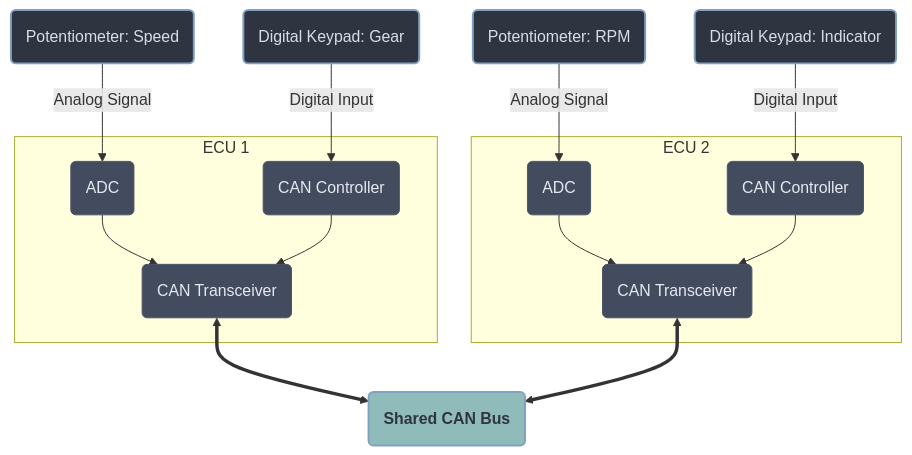
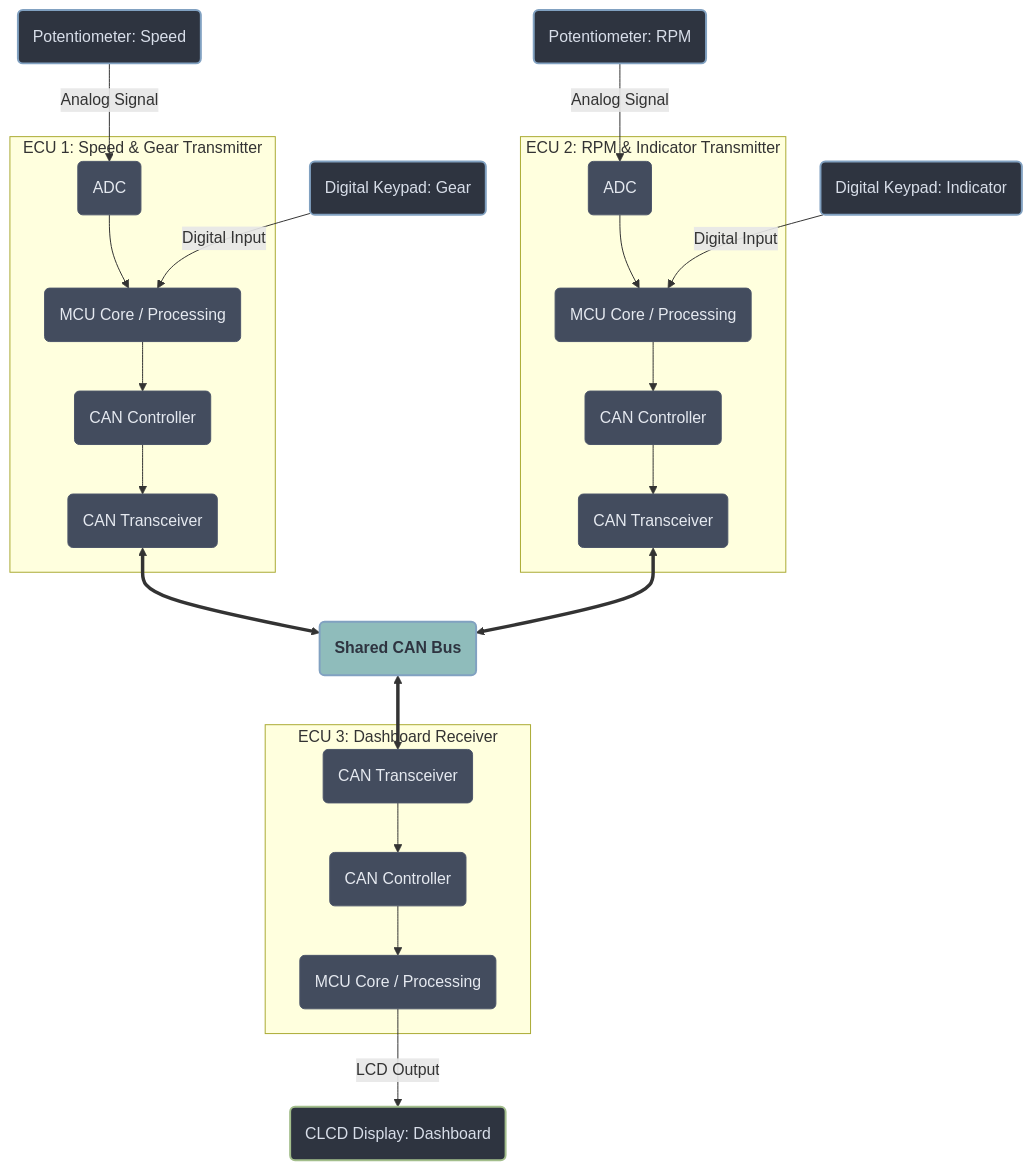
Before and after one commit to k0-R0/Car_Dashboard: the diagram in README.md, drawn with Mermaid. The commit also changed other lines of this file, not shown here.

````diff
--- a/README.md
+++ b/README.md
@@ -20,44 +20,70 @@
 ```mermaid
 flowchart TD
     %% Styling
     classDef input fill:#2e3440,stroke:#81a1c1,stroke-width:2px,color:#d8dee9;
     classDef inner fill:#434c5e,stroke:#4c566a,color:#e5e9f0;
     classDef bus fill:#8fbcbb,stroke:#81a1c1,stroke-width:2px,color:#2e3440,font-weight:bold;
+    classDef output fill:#2e3440,stroke:#a3be8c,stroke-width:2px,color:#d8dee9;
 
     %% External Inputs
     Pot1(Potentiometer: Speed):::input
     Key1(Digital Keypad: Gear):::input
     Pot2(Potentiometer: RPM):::input
     Key2(Digital Keypad: Indicator):::input
 
-    %% Nodes
-    subgraph ECU1 [ECU 1]
+    %% ECU 1 Nodes
+    subgraph ECU1 [ECU 1: Speed & Gear Transmitter]
         ADC1(ADC):::inner
+        CPU1(MCU Core / Processing):::inner
         Ctrl1(CAN Controller):::inner
         Trans1(CAN Transceiver):::inner
         
-        ADC1 --> Trans1
+        ADC1 --> CPU1
+        CPU1 --> Ctrl1
         Ctrl1 --> Trans1
     end
 
-    subgraph ECU2 [ECU 2]
+    %% ECU 2 Nodes
+    subgraph ECU2 [ECU 2: RPM & Indicator Transmitter]
         ADC2(ADC):::inner
+        CPU2(MCU Core / Processing):::inner
         Ctrl2(CAN Controller):::inner
         Trans2(CAN Transceiver):::inner
         
-        ADC2 --> Trans2
+        ADC2 --> CPU2
+        CPU2 --> Ctrl2
         Ctrl2 --> Trans2
     end
-
-    %% Connections
-    Pot1 -- Analog Signal --> ADC1
-    Key1 -- Digital Input --> Ctrl1
-    Pot2 -- Analog Signal --> ADC2
-    Key2 -- Digital Input --> Ctrl2
 
     %% Shared Network
     Bus(Shared CAN Bus):::bus
 
+    %% ECU 3 Nodes
+    subgraph ECU3 [ECU 3: Dashboard Receiver]
+        Trans3(CAN Transceiver):::inner
+        Ctrl3(CAN Controller):::inner
+        CPU3(MCU Core / Processing):::inner
+        
+        Trans3 --> Ctrl3
+        Ctrl3 --> CPU3
+    end
+
+    %% External Outputs
+    CLCD(CLCD Display: Dashboard):::output
+
+    %% Connections to ECU 1
+    Pot1 -- Analog Signal --> ADC1
+    Key1 -- Digital Input --> CPU1
+
+    %% Connections to ECU 2
+    Pot2 -- Analog Signal --> ADC2
+    Key2 -- Digital Input --> CPU2
+
+    %% Network Connections
     Trans1 <==> Bus
     Trans2 <==> Bus
+    Bus <==> Trans3
+
+    %% Output Connections
+    CPU3 -- LCD Output --> CLCD
 ```
````
